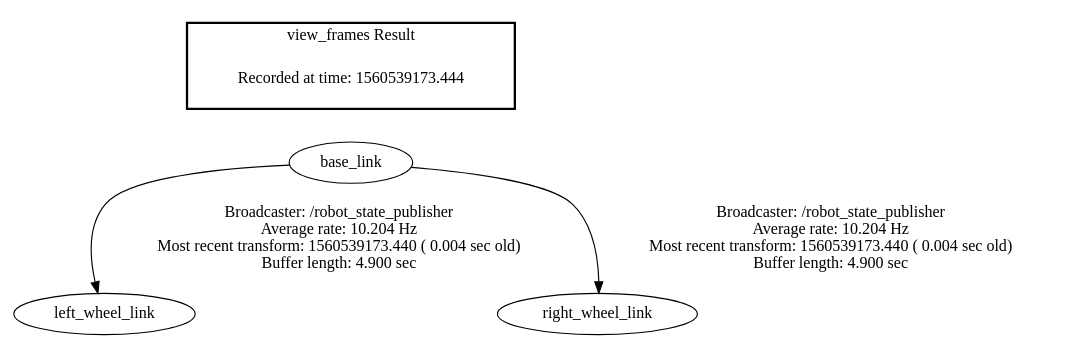
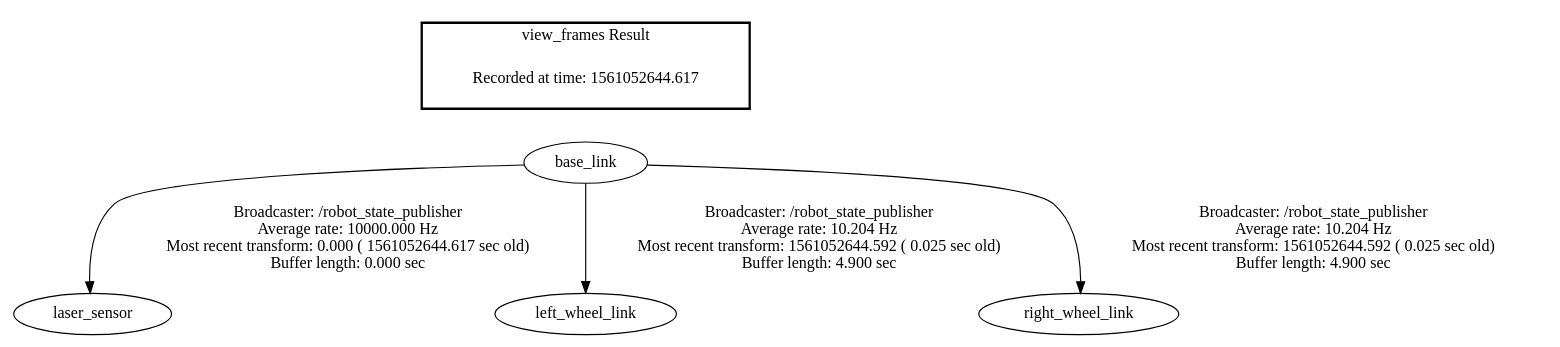
One commit to fayyazpocker/pocker_bot_vrep_description changed the diagram in tf/frames.gv. Above: the diagram before and after it, drawn with Graphviz. The commit also changed 9 other files, not shown here.

```diff
--- a/tf/frames.gv
+++ b/tf/frames.gv
@@ -1,8 +1,9 @@
 digraph G {
-"base_link" -> "left_wheel_link"[label="Broadcaster: /robot_state_publisher\nAverage rate: 10.204 Hz\nMost recent transform: 1560539173.440 ( 0.004 sec old)\nBuffer length: 4.900 sec\n"];
-"base_link" -> "right_wheel_link"[label="Broadcaster: /robot_state_publisher\nAverage rate: 10.204 Hz\nMost recent transform: 1560539173.440 ( 0.004 sec old)\nBuffer length: 4.900 sec\n"];
+"base_link" -> "laser_sensor"[label="Broadcaster: /robot_state_publisher\nAverage rate: 10000.000 Hz\nMost recent transform: 0.000 ( 1561052644.617 sec old)\nBuffer length: 0.000 sec\n"];
+"base_link" -> "left_wheel_link"[label="Broadcaster: /robot_state_publisher\nAverage rate: 10.204 Hz\nMost recent transform: 1561052644.592 ( 0.025 sec old)\nBuffer length: 4.900 sec\n"];
+"base_link" -> "right_wheel_link"[label="Broadcaster: /robot_state_publisher\nAverage rate: 10.204 Hz\nMost recent transform: 1561052644.592 ( 0.025 sec old)\nBuffer length: 4.900 sec\n"];
 edge [style=invis];
  subgraph cluster_legend { style=bold; color=black; label ="view_frames Result";
-"Recorded at time: 1560539173.444"[ shape=plaintext ] ;
+"Recorded at time: 1561052644.617"[ shape=plaintext ] ;
  }->"base_link";
 }
```
